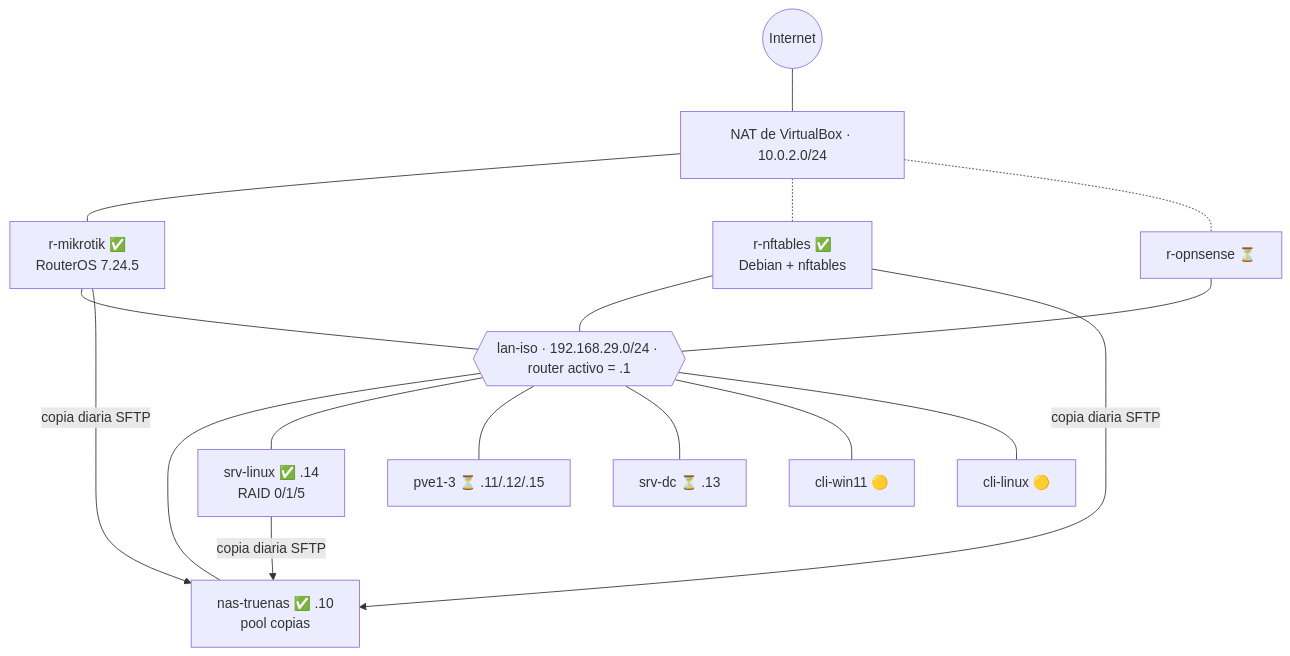
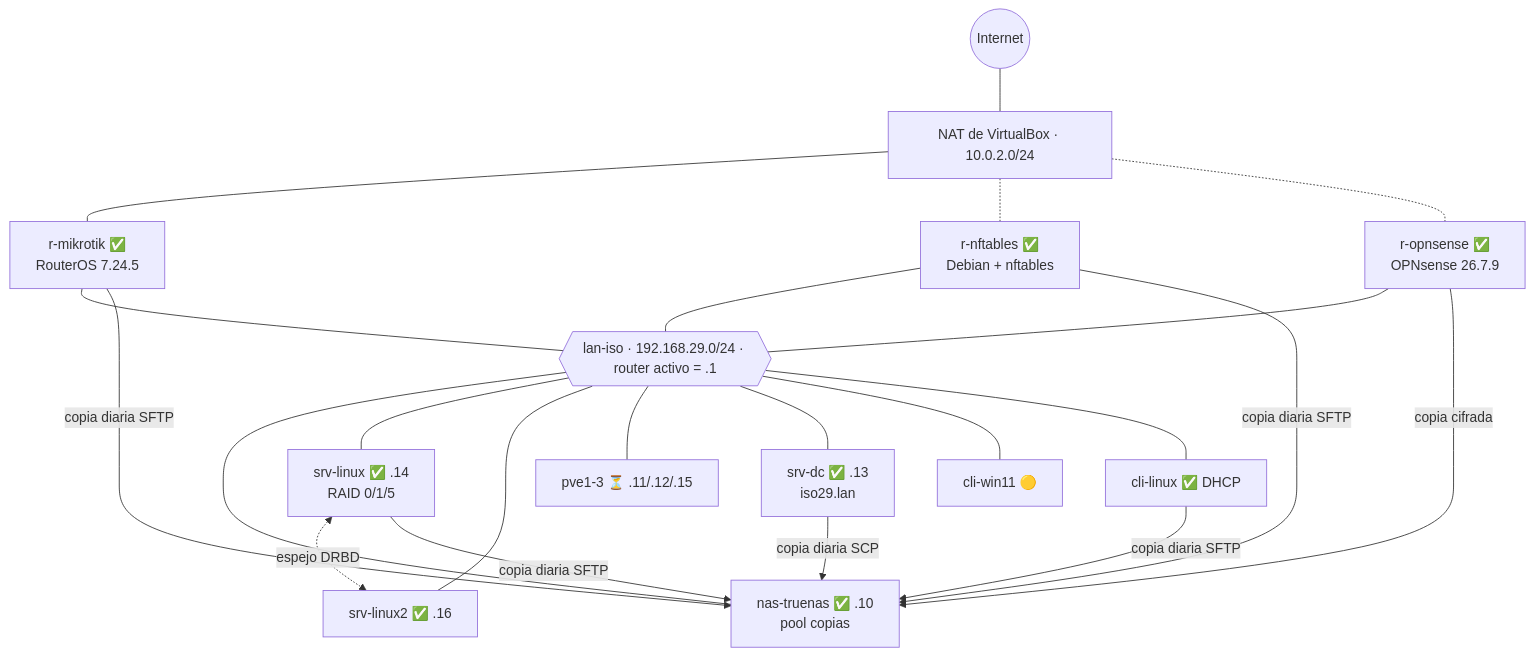
Before and after one commit to mau550/ASIX-THINKLAB-INDIVIDUAL-2026: the diagram in README.md, drawn with Mermaid. The commit also changed other lines of this file and 24 other files, not shown here.

Commit message:
Documentación completa: fichas de OPNsense, srv-dc, srv-linux2 y cli-linux; INC-008 a INC-011; comparación de routers, plan de copias, chuleta y preguntas de la defensa; autoevaluación 67/96

````diff
--- a/README.md
+++ b/README.md
@@ -20,17 +20,22 @@
 ```mermaid
 flowchart TB
     INET((Internet)) --- NAT["NAT de VirtualBox · 10.0.2.0/24"]
     NAT --- MK["r-mikrotik ✅<br/>RouterOS 7.24.5"]
     NAT -.- NFT["r-nftables ✅<br/>Debian + nftables"]
-    NAT -.- OPN["r-opnsense ⏳"]
+    NAT -.- OPN["r-opnsense ✅<br/>OPNsense 26.7.9"]
     MK & NFT & OPN --- LAN{{"lan-iso · 192.168.29.0/24 · router activo = .1"}}
     LAN --- NAS["nas-truenas ✅ .10<br/>pool copias"]
     LAN --- SRV["srv-linux ✅ .14<br/>RAID 0/1/5"]
+    LAN --- SRV2["srv-linux2 ✅ .16"]
+    SRV <-. "espejo DRBD" .-> SRV2
     LAN --- PVE["pve1-3 ⏳ .11/.12/.15"]
-    LAN --- DC["srv-dc ⏳ .13"]
+    LAN --- DC["srv-dc ✅ .13<br/>iso29.lan"]
     LAN --- CW["cli-win11 🟡"]
-    LAN --- CL["cli-linux 🟡"]
+    LAN --- CL["cli-linux ✅ DHCP"]
     SRV -- "copia diaria SFTP" --> NAS
     NFT -- "copia diaria SFTP" --> NAS
     MK -- "copia diaria SFTP" --> NAS
+    DC -- "copia diaria SCP" --> NAS
+    CL -- "copia diaria SFTP" --> NAS
+    OPN -- "copia cifrada" --> NAS
 ```
````
